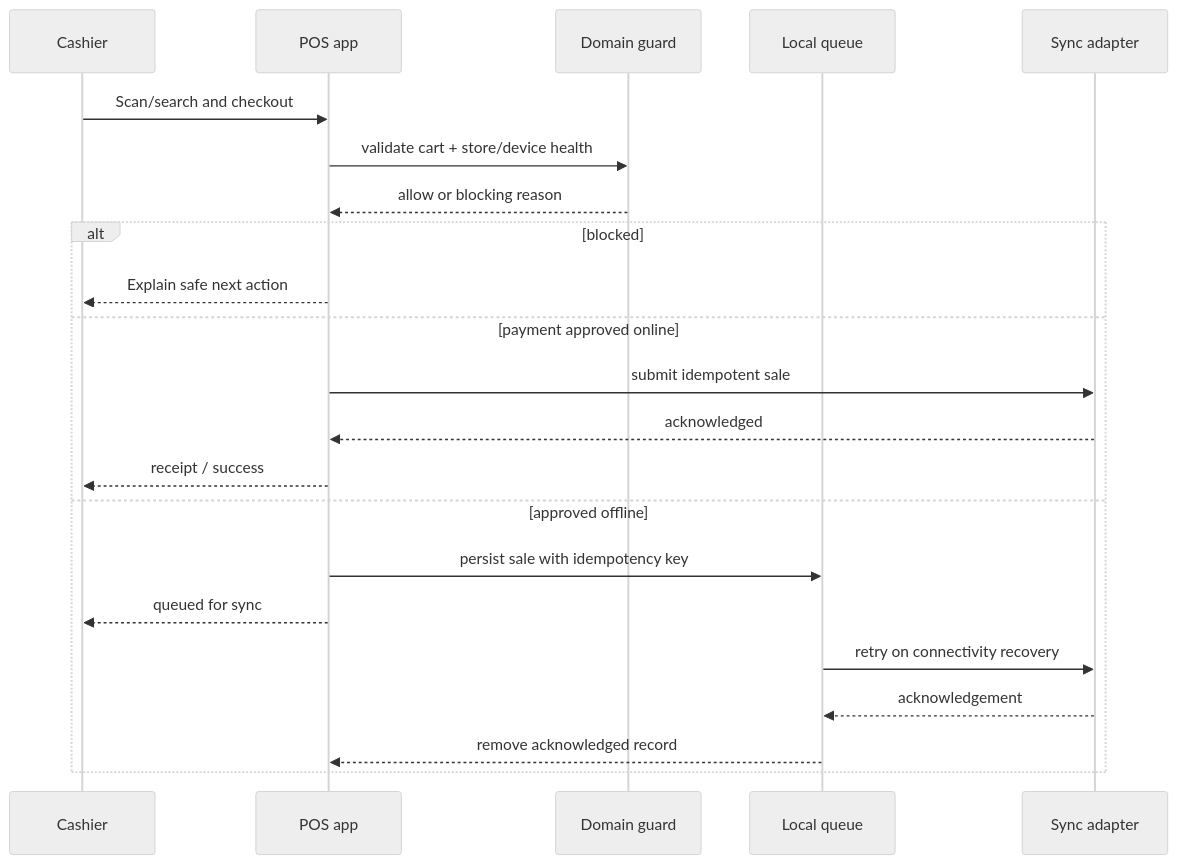
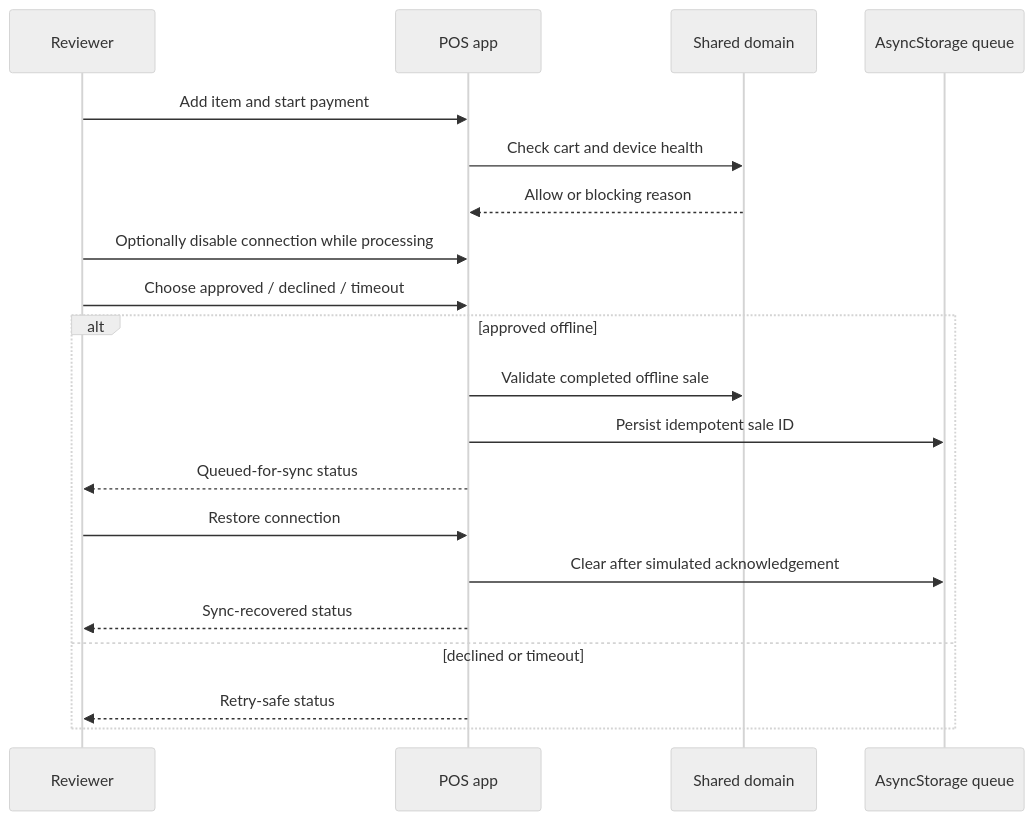
One commit to SaM13997/retail-reliability-lab changed the third of 3 diagrams in docs/architecture.md. Above: the diagram before and after it, drawn with Mermaid (neutral theme). The commit also changed other lines of this file and 36 other files, not shown here.

````diff
--- a/docs/architecture.md
+++ b/docs/architecture.md
@@ -53,25 +50,23 @@
 ```mermaid
 sequenceDiagram
-  participant U as Cashier
+  participant U as Reviewer
   participant P as POS app
-  participant D as Domain guard
-  participant L as Local queue
-  participant S as Sync adapter
+  participant D as Shared domain
+  participant L as AsyncStorage queue
 
-  U->>P: Scan/search and checkout
-  P->>D: validate cart + store/device health
-  D-->>P: allow or blocking reason
-  alt blocked
-    P-->>U: Explain safe next action
-  else payment approved online
-    P->>S: submit idempotent sale
-    S-->>P: acknowledged
-    P-->>U: receipt / success
-  else approved offline
-    P->>L: persist sale with idempotency key
-    P-->>U: queued for sync
-    L->>S: retry on connectivity recovery
-    S-->>L: acknowledgement
-    L-->>P: remove acknowledged record
+  U->>P: Add item and start payment
+  P->>D: Check cart and device health
+  D-->>P: Allow or blocking reason
+  U->>P: Optionally disable connection while processing
+  U->>P: Choose approved / declined / timeout
+  alt approved offline
+    P->>D: Validate completed offline sale
+    P->>L: Persist idempotent sale ID
+    P-->>U: Queued-for-sync status
+    U->>P: Restore connection
+    P->>L: Clear after simulated acknowledgement
+    P-->>U: Sync-recovered status
+  else declined or timeout
+    P-->>U: Retry-safe status
   end
 ```
````
